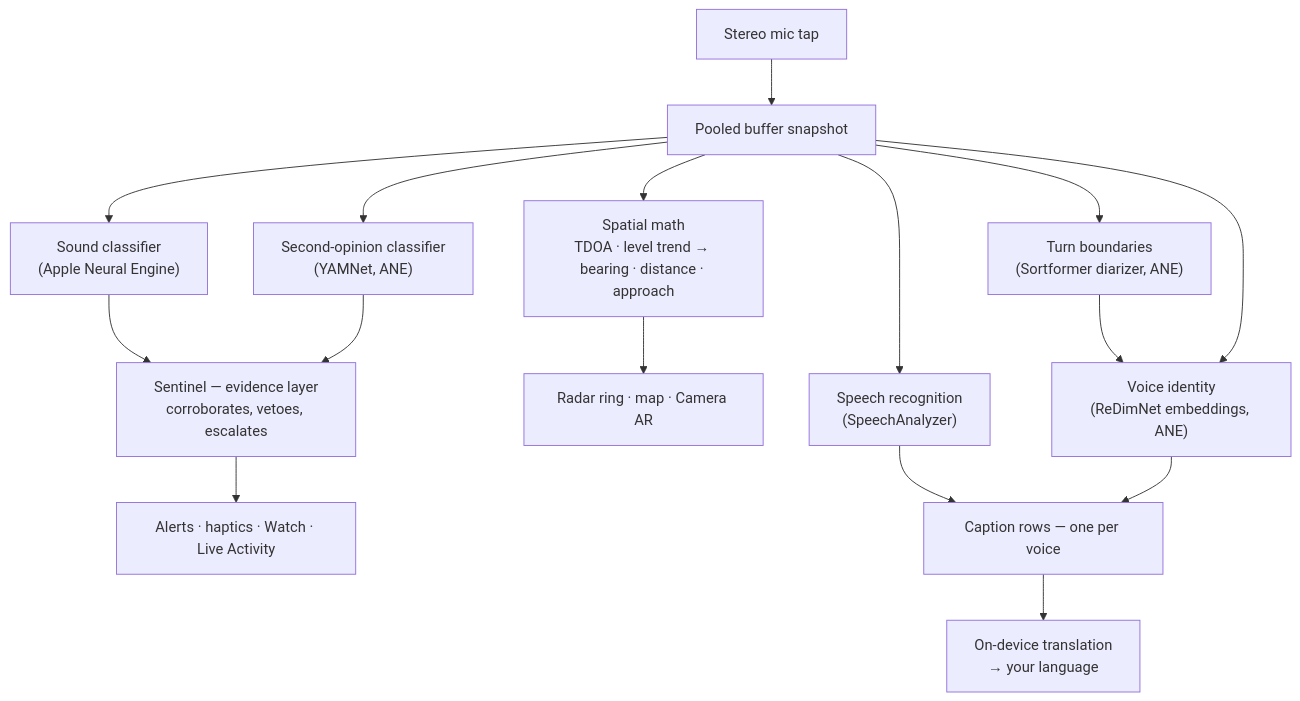
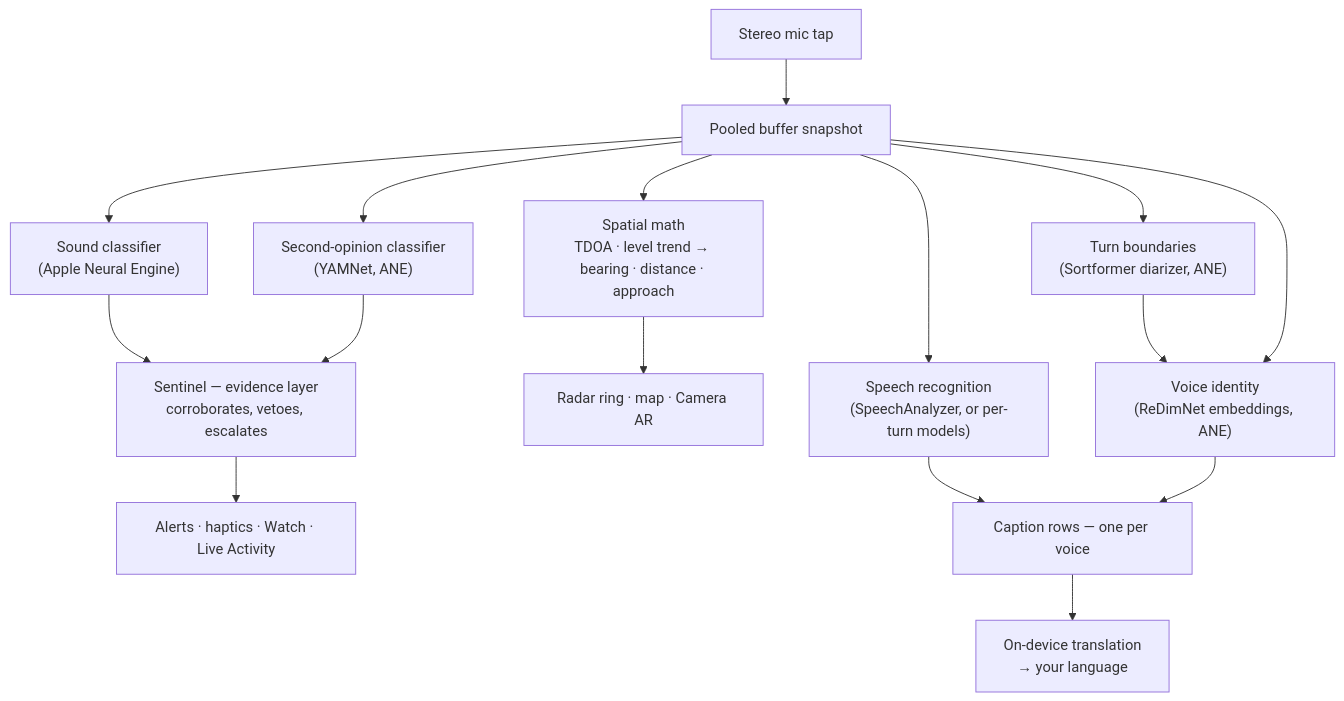
Before and after one commit to rpalm01-star/VigilantEarLegal: the second of 4 diagrams in README.md, drawn with Mermaid. The commit also changed other lines of this file and 14 other files, not shown here.

````diff
--- a/README.md
+++ b/README.md
@@ -134,18 +145,18 @@
 ```mermaid
 graph TD
     A["Stereo mic tap"] --> B["Pooled buffer snapshot"]
     B --> C["Sound classifier<br/>(Apple Neural Engine)"]
     B --> Y["Second-opinion classifier<br/>(YAMNet, ANE)"]
     C --> S["Sentinel — evidence layer<br/>corroborates, vetoes, escalates"]
     Y --> S
     S --> H["Alerts · haptics · Watch · Live Activity"]
     B --> D["Spatial math<br/>TDOA · level trend → bearing · distance · approach"]
     D --> R["Radar ring · map · Camera AR"]
-    B --> F["Speech recognition<br/>(SpeechAnalyzer)"]
+    B --> F["Speech recognition<br/>(SpeechAnalyzer, or per-turn models)"]
     B --> N["Turn boundaries<br/>(Sortformer diarizer, ANE)"]
     N --> E["Voice identity<br/>(ReDimNet embeddings, ANE)"]
     B --> E
     F --> G["Caption rows — one per voice"]
     E --> G
     G --> T["On-device translation<br/>→ your language"]
 ```
````
